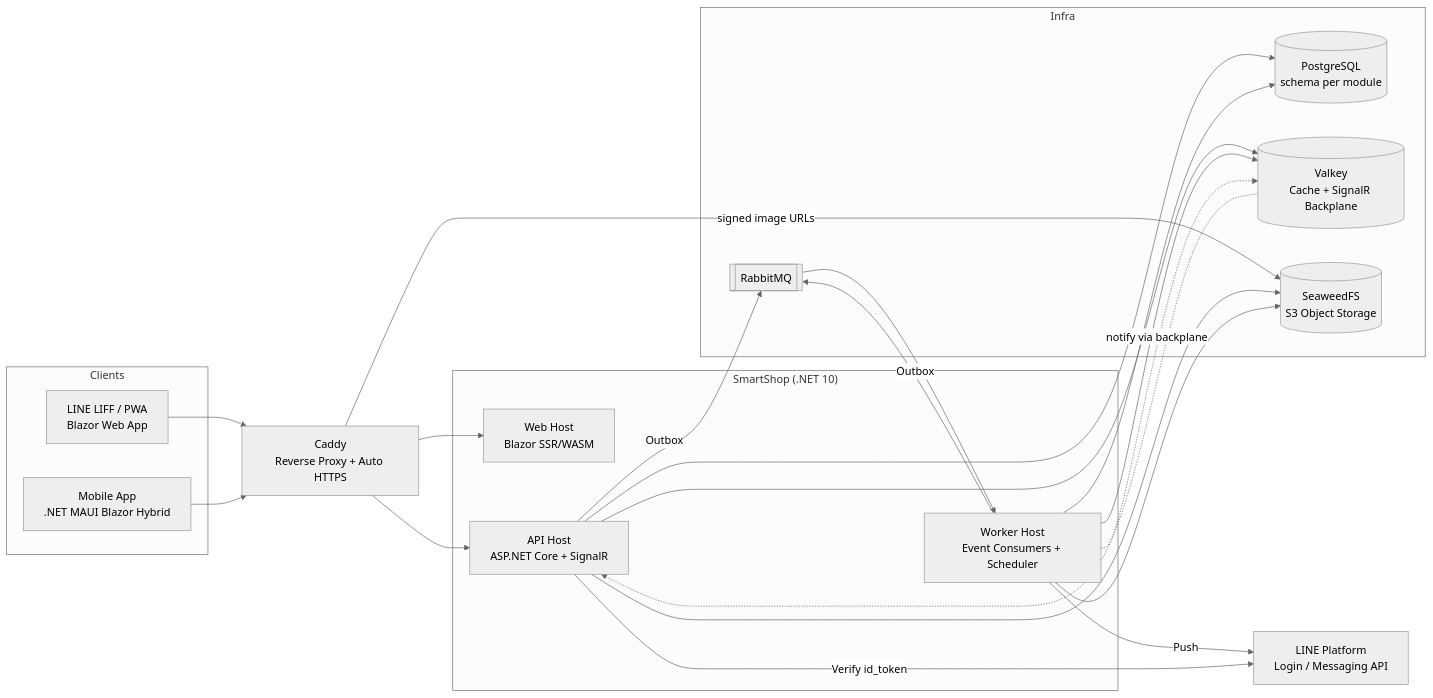
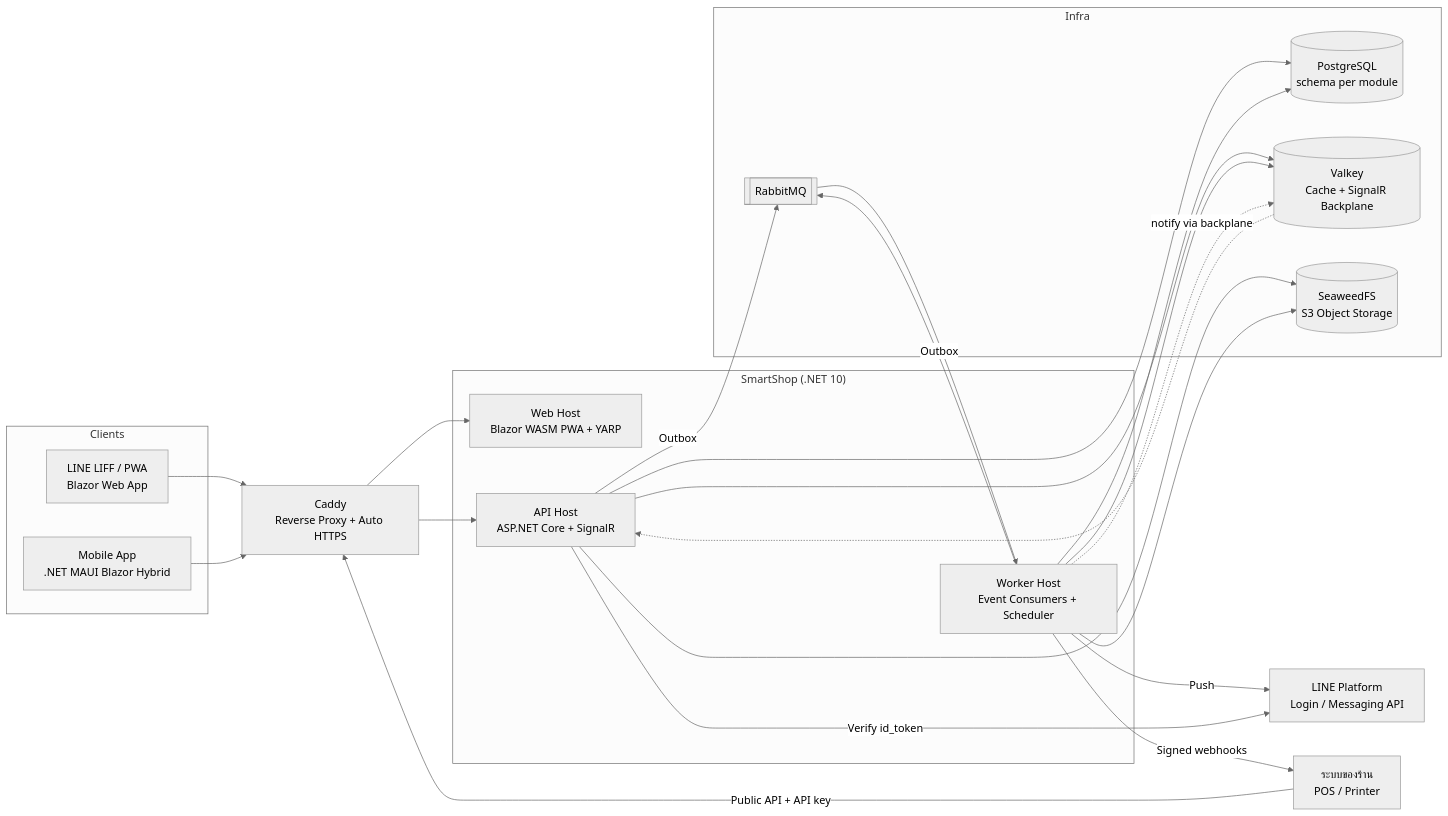
The first of 3 diagrams in docs/03-architecture.md (ungreanable/SmartShop), drawn with Mermaid (neutral theme) before and after one commit. The commit also changed other lines of this file and 6 other files, not shown here.

````diff
--- a/docs/03-architecture.md
+++ b/docs/03-architecture.md
@@ -13,36 +13,37 @@
 ```mermaid
 flowchart LR
     subgraph Clients
         LIFF[LINE LIFF / PWA<br/>Blazor Web App]
         MAUI[Mobile App<br/>.NET MAUI Blazor Hybrid]
     end
 
     Caddy[Caddy<br/>Reverse Proxy + Auto HTTPS]
 
     subgraph App["SmartShop (.NET 10)"]
-        WEB[Web Host<br/>Blazor SSR/WASM]
+        WEB[Web Host<br/>Blazor WASM PWA + YARP]
         API[API Host<br/>ASP.NET Core + SignalR]
         WORKER[Worker Host<br/>Event Consumers + Scheduler]
     end
 
     subgraph Infra
         PG[(PostgreSQL<br/>schema per module)]
         VK[(Valkey<br/>Cache + SignalR Backplane)]
         MQ[[RabbitMQ]]
         S3[(SeaweedFS<br/>S3 Object Storage)]
     end
 
     LINE[LINE Platform<br/>Login / Messaging API]
 
     LIFF & MAUI --> Caddy
     Caddy --> WEB & API
-    Caddy -->|signed image URLs| S3
     API --> PG & VK & S3
     API -- Outbox --> MQ
     MQ --> WORKER
     WORKER --> PG & VK & S3
     WORKER -- Outbox --> MQ
     WORKER -->|Push| LINE
+    WORKER -->|Signed webhooks| EXT[ระบบของร้าน<br/>POS / Printer]
+    EXT -->|Public API + API key| Caddy
     API -->|Verify id_token| LINE
     WORKER -.->|notify via backplane| VK -.-> API
 ```
````
